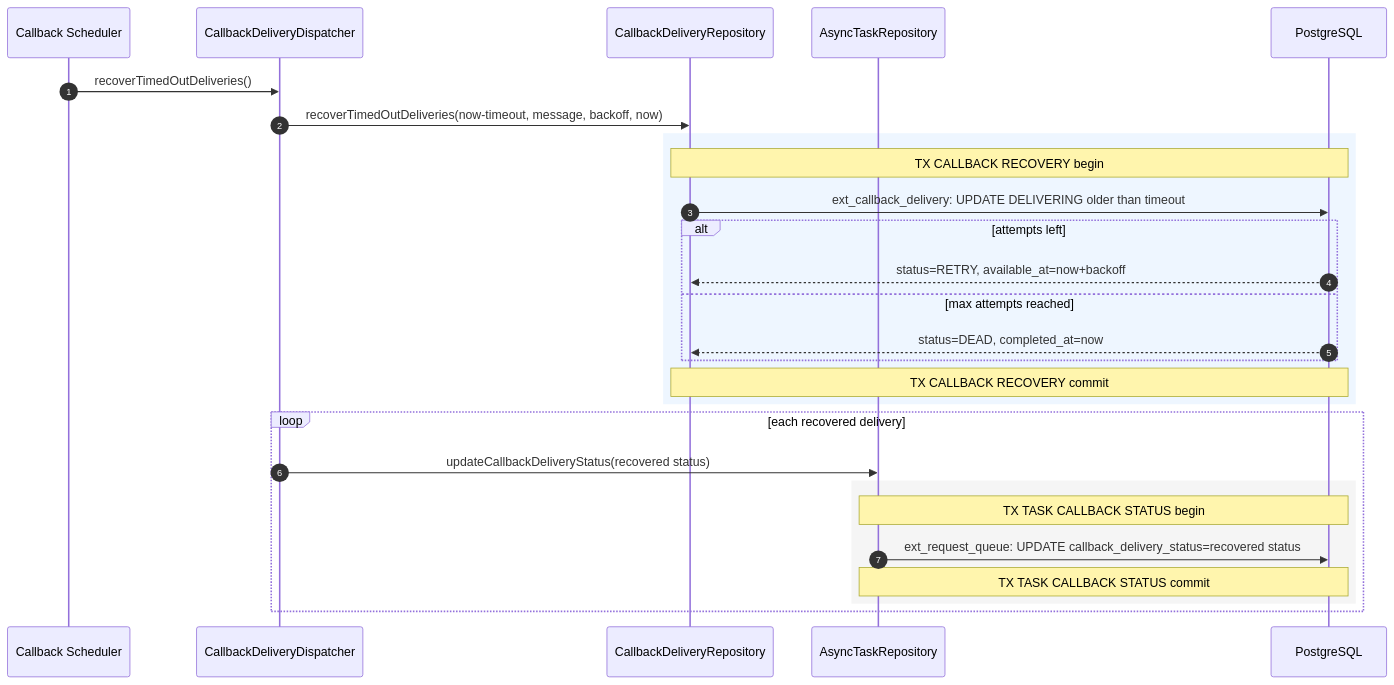
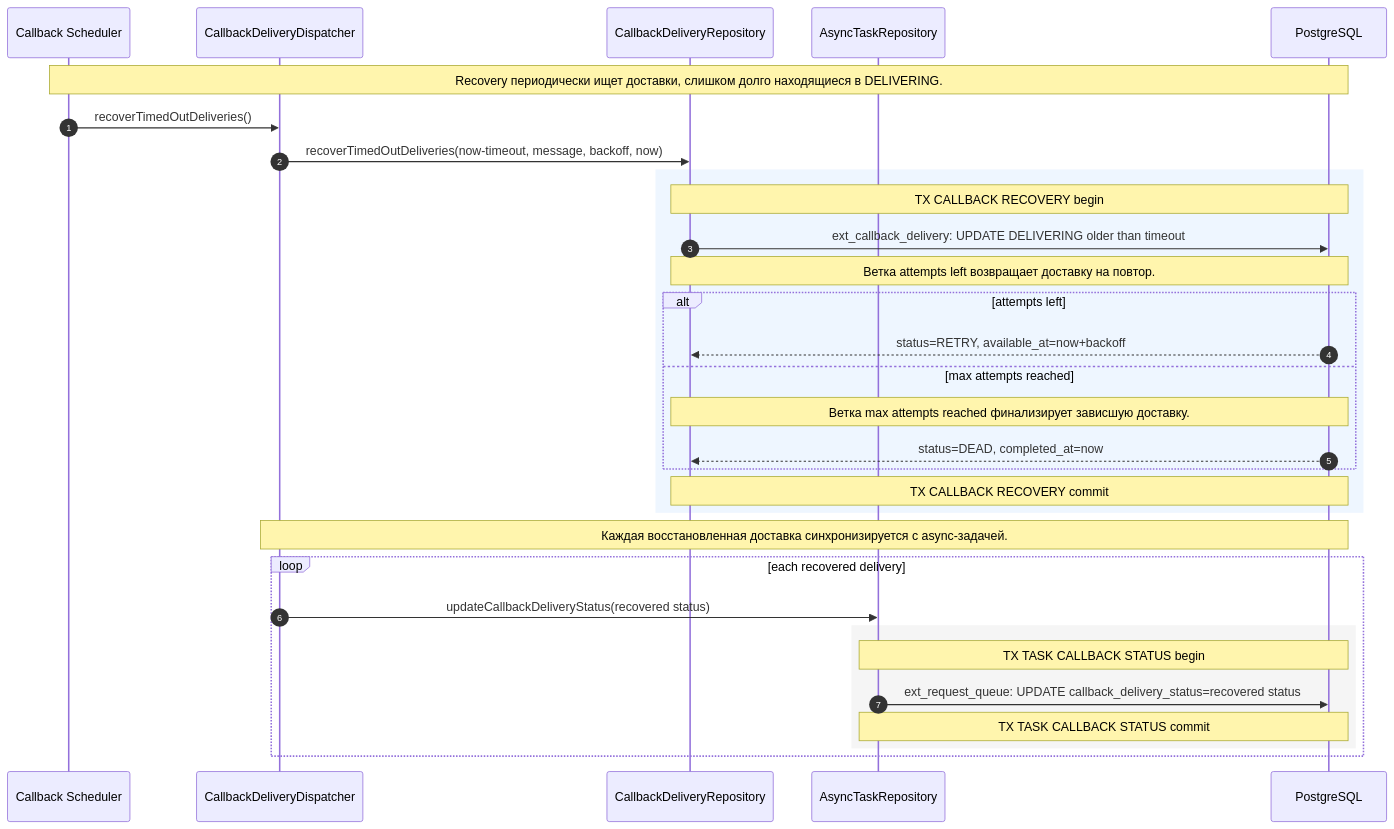
The fifth of 6 diagrams in docs/external-service-gateway/architecture/07-sequence-callback.md (DenisVanin4402/TestQwenCli), drawn with Mermaid before and after one commit. The commit also changed other lines of this file and 2 other files, not shown here.

Commit message:
диаграммы обновлены детализацией sequence

````diff
--- a/docs/external-service-gateway/architecture/07-sequence-callback.md
+++ b/docs/external-service-gateway/architecture/07-sequence-callback.md
@@ -173,30 +269,34 @@
 ```mermaid
 sequenceDiagram
     autonumber
     participant Scheduler as Callback Scheduler
     participant Dispatcher as CallbackDeliveryDispatcher
     participant Deliveries as CallbackDeliveryRepository
     participant Tasks as AsyncTaskRepository
     participant DB as PostgreSQL
 
+    Note over Scheduler,DB: Recovery периодически ищет доставки, слишком долго находящиеся в DELIVERING.
     Scheduler->>Dispatcher: recoverTimedOutDeliveries()
     Dispatcher->>Deliveries: recoverTimedOutDeliveries(now-timeout, message, backoff, now)
     rect rgb(238, 246, 255)
         Note over Deliveries,DB: TX CALLBACK RECOVERY begin
         Deliveries->>DB: ext_callback_delivery: UPDATE DELIVERING older than timeout
+        Note over Deliveries,DB: Ветка attempts left возвращает доставку на повтор.
         alt attempts left
             DB-->>Deliveries: status=RETRY, available_at=now+backoff
         else max attempts reached
+            Note over Deliveries,DB: Ветка max attempts reached финализирует зависшую доставку.
             DB-->>Deliveries: status=DEAD, completed_at=now
         end
         Note over Deliveries,DB: TX CALLBACK RECOVERY commit
     end
+    Note over Dispatcher,DB: Каждая восстановленная доставка синхронизируется с async-задачей.
     loop each recovered delivery
         Dispatcher->>Tasks: updateCallbackDeliveryStatus(recovered status)
         rect rgb(245, 245, 245)
             Note over Tasks,DB: TX TASK CALLBACK STATUS begin
             Tasks->>DB: ext_request_queue: UPDATE callback_delivery_status=recovered status
             Note over Tasks,DB: TX TASK CALLBACK STATUS commit
         end
     end
 ```
````
